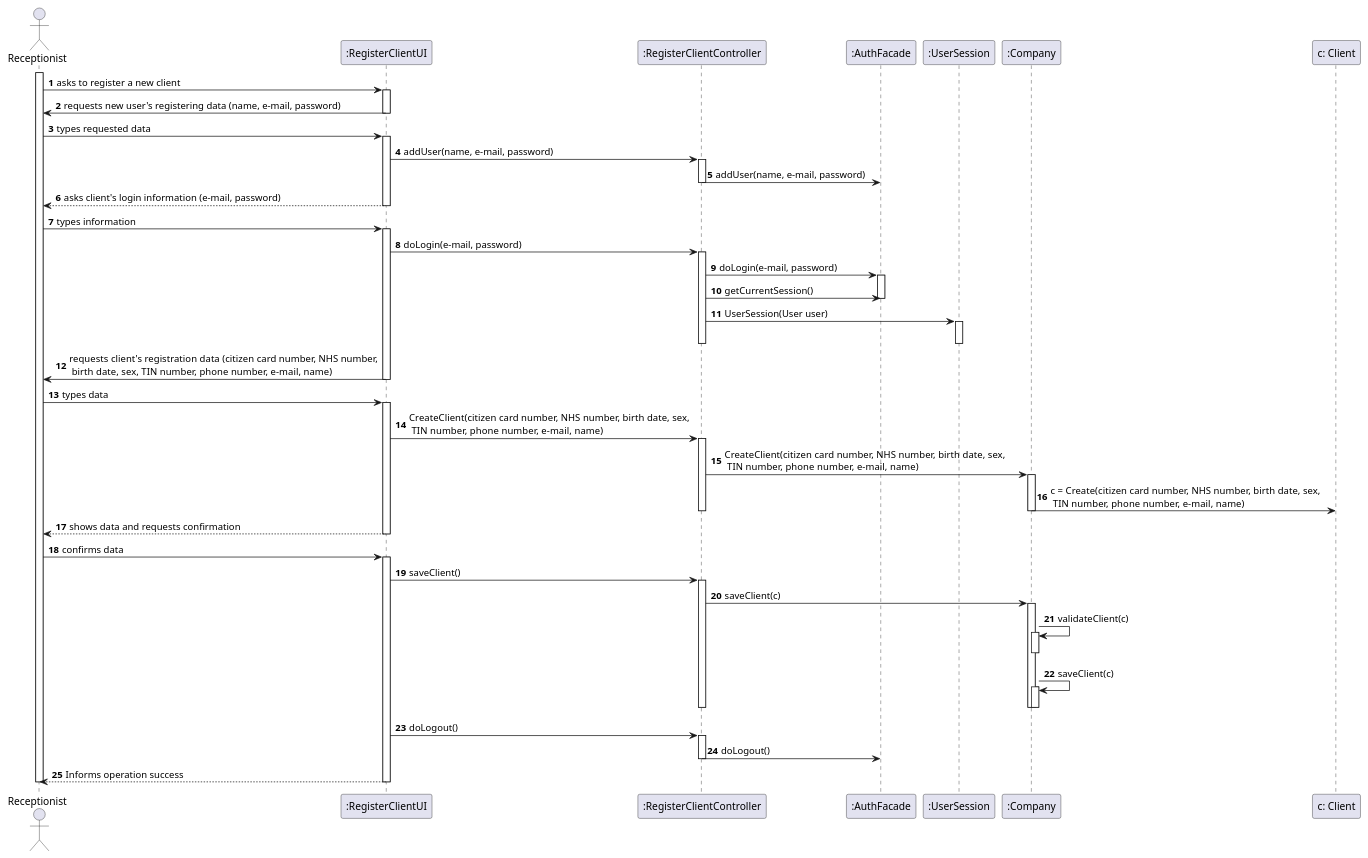
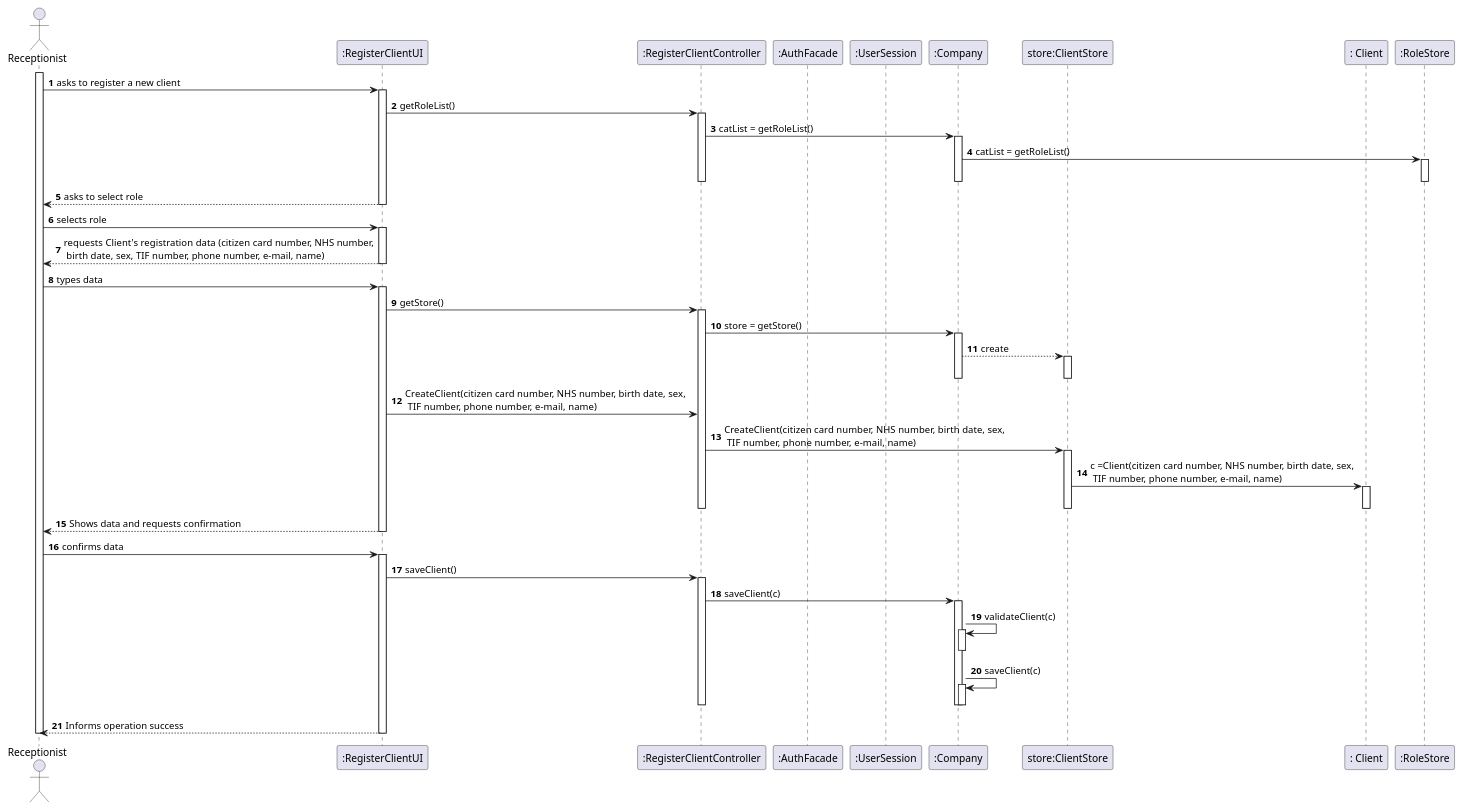
Before and after one commit to MarianaCLages/LAPR2: the diagram in docs/SprintB/US03/US3_SD.puml, drawn with PlantUML. The commit also changed 1 other file, not shown here.

```diff
--- a/docs/SprintB/US03/US3_SD.puml
+++ b/docs/SprintB/US03/US3_SD.puml
@@ -1,82 +1,91 @@
 @startuml
 autonumber
 
 actor Receptionist as R
 participant ":RegisterClientUI" as UI
 participant ":RegisterClientController" as CTRL
 participant ":AuthFacade" as Auth
 participant ":UserSession" as User
 participant ":Company" as COMPANY
-participant "c: Client" as C
-
+participant "store:ClientStore" as S
+participant ": Client" as C
+participant ":RoleStore" as RoleStore
 
 activate R
 R -> UI: asks to register a new client
 activate UI
 
-R <- UI: requests new user's registering data (name, e-mail, password)
+
+
+
+
+UI -> CTRL : getRoleList()
+
+activate CTRL
+CTRL -> COMPANY : catList = getRoleList()
+
+activate COMPANY
+
+COMPANY -> RoleStore : catList = getRoleList()
+activate RoleStore
+deactivate RoleStore
+deactivate COMPANY
+deactivate CTRL
+UI --> R: asks to select role
 deactivate UI
-R -> UI: types requested data
-activate UI
-UI -> CTRL : addUser(name, e-mail, password)
-activate CTRL
-CTRL -> Auth: addUser(name, e-mail, password)
-deactivate CTRL
+R -> UI: selects role
 
-UI --> R: asks client's login information (e-mail, password)
-deactivate UI
-R -> UI: types information
 activate UI
 
-UI -> CTRL : doLogin(e-mail, password)
-activate CTRL
-CTRL -> Auth: doLogin(e-mail, password)
-activate Auth
-CTRL -> Auth: getCurrentSession()
-deactivate Auth
-CTRL -> User: UserSession(User user)
-activate User
-deactivate User
-deactivate CTRL
 
-deactivate CTRL
-UI -> R: requests client's registration data (citizen card number, NHS number,\n birth date, sex, TIN number, phone number, e-mail, name)
+
+
+UI --> R: requests Client's registration data (citizen card number, NHS number,\n birth date, sex, TIF number, phone number, e-mail, name)
+
 deactivate UI
 R -> UI: types data
 activate UI
-UI -> CTRL : CreateClient(citizen card number, NHS number, birth date, sex,\n TIN number, phone number, e-mail, name)
+UI -> CTRL : getStore()
 activate CTRL
-CTRL -> COMPANY: CreateClient(citizen card number, NHS number, birth date, sex,\n TIN number, phone number, e-mail, name)
+CTRL -> COMPANY: store = getStore()
 activate COMPANY
+COMPANY --> S: create
+activate S
+deactivate S
 
-COMPANY -> C: c = Create(citizen card number, NHS number, birth date, sex,\n TIN number, phone number, e-mail, name)
 deactivate COMPANY
+CTRL <- UI: CreateClient(citizen card number, NHS number, birth date, sex,\n TIF number, phone number, e-mail, name)
+CTRL -> S:CreateClient(citizen card number, NHS number, birth date, sex,\n TIF number, phone number, e-mail, name)
+activate S
+S -> C: c =Client(citizen card number, NHS number, birth date, sex,\n TIF number, phone number, e-mail, name)
+activate C
+deactivate C
+deactivate S
+
+
 deactivate CTRL
-R <-- UI: shows data and requests confirmation
+
+R <-- UI: Shows data and requests confirmation
 deactivate UI
 R -> UI: confirms data
 activate UI
 UI-> CTRL : saveClient()
 activate CTRL
 CTRL -> COMPANY: saveClient(c)
 activate COMPANY
 COMPANY -> COMPANY : validateClient(c)
 activate COMPANY
 deactivate COMPANY
 COMPANY -> COMPANY : saveClient(c)
 activate COMPANY
 deactivate COMPANY
 deactivate COMPANY
 deactivate CTRL
 
-deactivate CTRL
-UI -> CTRL: doLogout()
-activate CTRL
-CTRL -> Auth: doLogout()
-deactivate CTRL
+
 UI --> R : Informs operation success
 deactivate CTRL
 deactivate UI
 deactivate R
 
 @enduml
```
